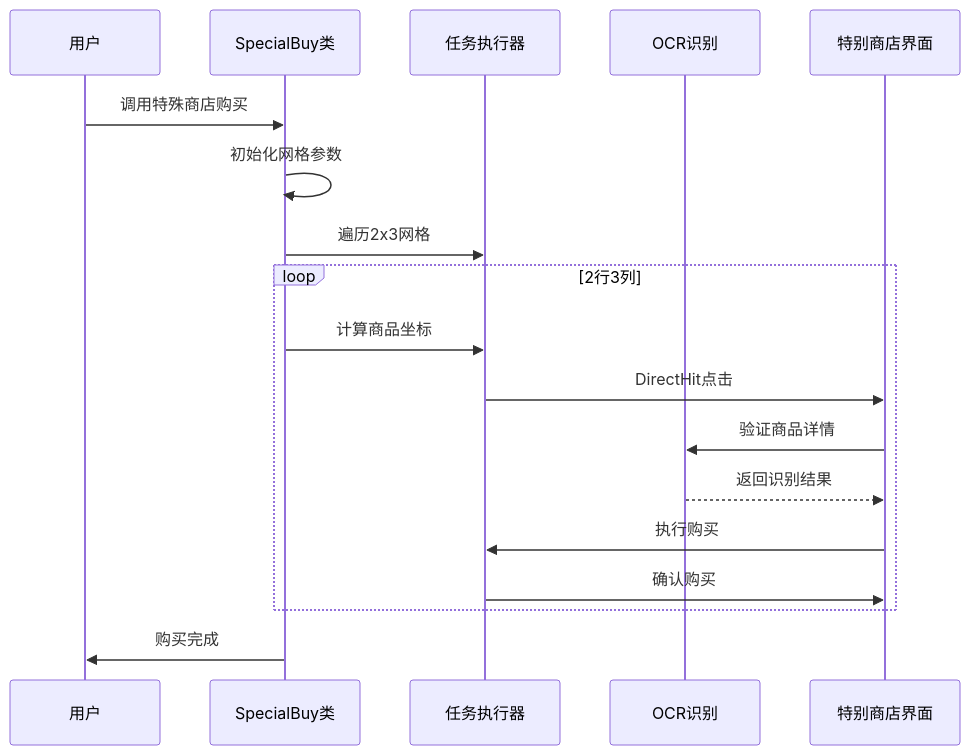
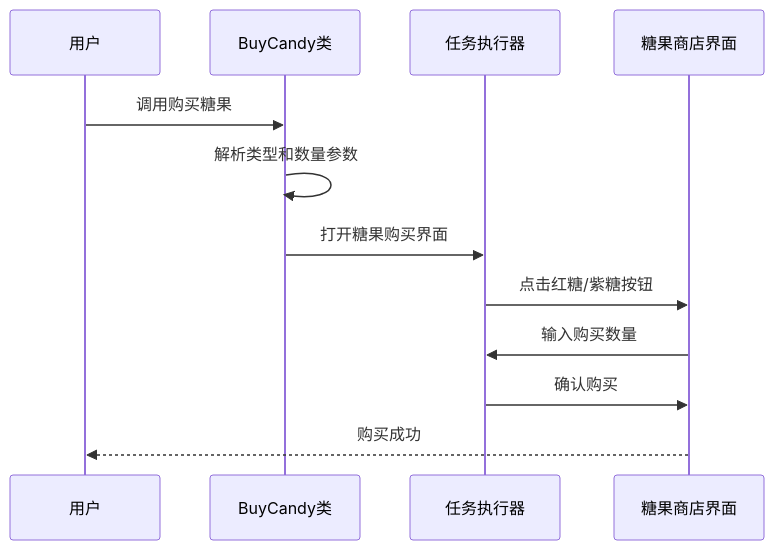
One commit to kqcoxn/MaaDuDuL changed the tenth of 13 diagrams in .qoder/repowiki/zh/content/核心功能详解/日常任务功能/每日采购功能.md. Above: the diagram before and after it, drawn with Mermaid. The commit also changed other lines of this file and 9 other files, not shown here.

````diff
--- a/.qoder/repowiki/zh/content/核心功能详解/日常任务功能/每日采购功能.md
+++ b/.qoder/repowiki/zh/content/核心功能详解/日常任务功能/每日采购功能.md
@@ -425,20 +453,14 @@
 ```mermaid
 sequenceDiagram
 participant User as 用户
-participant SpecialBuy as SpecialBuy类
+participant BuyCandy as BuyCandy类
 participant Tasker as 任务执行器
-participant OCR as OCR识别
-participant Store as 特别商店界面
-User->>SpecialBuy : 调用特殊商店购买
-SpecialBuy->>SpecialBuy : 初始化网格参数
-SpecialBuy->>Tasker : 遍历2x3网格
-Loop 2行3列
-SpecialBuy->>Tasker : 计算商品坐标
-Tasker->>Store : DirectHit点击
-Store->>OCR : 验证商品详情
-OCR-->>Store : 返回识别结果
-Store->>Tasker : 执行购买
+participant Store as 糖果商店界面
+User->>BuyCandy : 调用购买糖果
+BuyCandy->>BuyCandy : 解析类型和数量参数
+BuyCandy->>Tasker : 打开糖果购买界面
+Tasker->>Store : 点击红糖/紫糖按钮
+Store->>Tasker : 输入购买数量
 Tasker->>Store : 确认购买
-end
-SpecialBuy->>User : 购买完成
+Store-->>User : 购买成功
 ```
````
